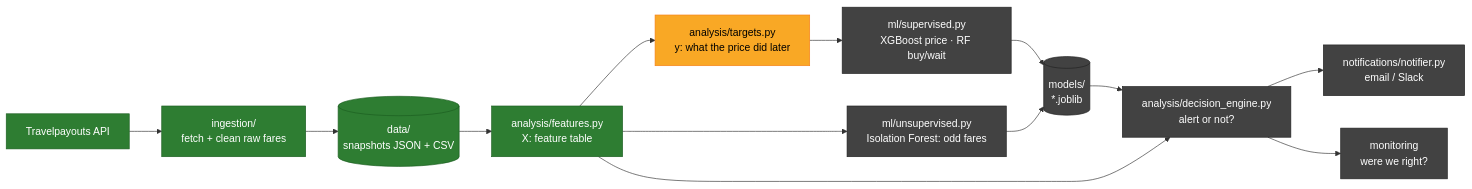
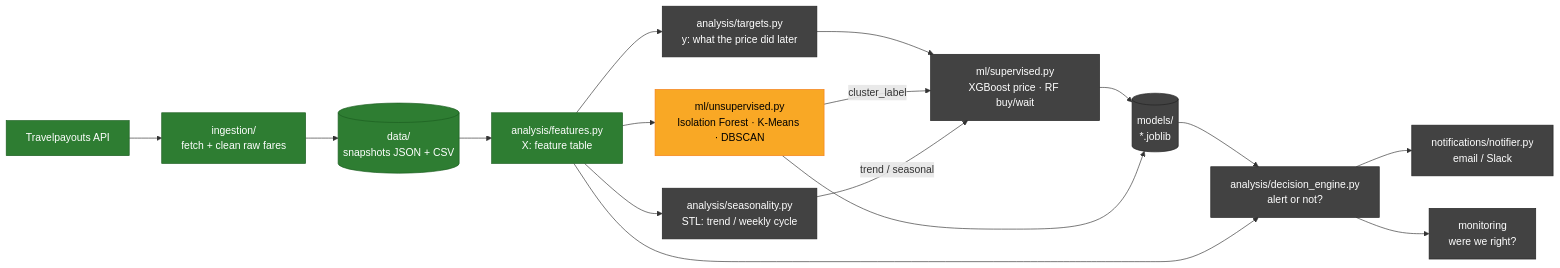
One commit to Aakashdeepsangwan/Flight-Price-Notification-System changed the first of 3 diagrams in TODO.md. Above: the diagram before and after it, drawn with Mermaid. The commit also changed other lines of this file, not shown here.

Commit message:
updated architecture

````diff
--- a/TODO.md
+++ b/TODO.md
@@ -9,22 +9,25 @@
 ```mermaid
 flowchart LR
     A[Travelpayouts API] --> B[ingestion/<br>fetch + clean raw fares]
     B --> C[(data/<br>snapshots JSON + CSV)]
     C --> D[analysis/features.py<br>X: feature table]
     D --> E[analysis/targets.py<br>y: what the price did later]
     E --> F[ml/supervised.py<br>XGBoost price · RF buy/wait]
-    D --> G[ml/unsupervised.py<br>Isolation Forest: odd fares]
+    D --> G[ml/unsupervised.py<br>Isolation Forest · K-Means · DBSCAN]
+    D --> S[analysis/seasonality.py<br>STL: trend / weekly cycle]
+    G -->|cluster_label| F
+    S -->|trend / seasonal| F
     F --> H[(models/<br>*.joblib)]
     G --> H
     H --> I[analysis/decision_engine.py<br>alert or not?]
     D --> I
     I --> J[notifications/notifier.py<br>email / Slack]
     I --> K[monitoring<br>were we right?]
 
     classDef done fill:#2e7d32,color:#fff,stroke:#1b5e20
     classDef next fill:#f9a825,color:#000,stroke:#f57f17
     classDef later fill:#424242,color:#fff,stroke:#212121
     class A,B,C,D done
-    class E next
-    class F,G,H,I,J,K later
+    class G next
+    class E,F,S,H,I,J,K later
 ```
````
